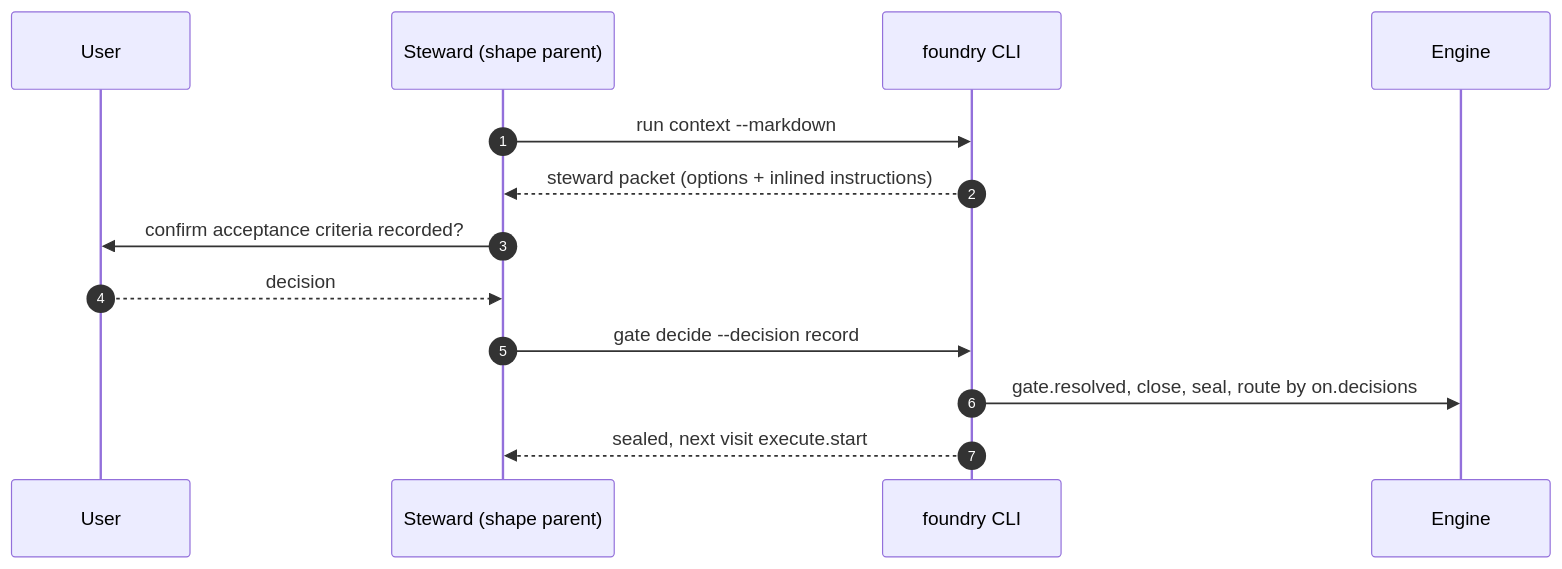
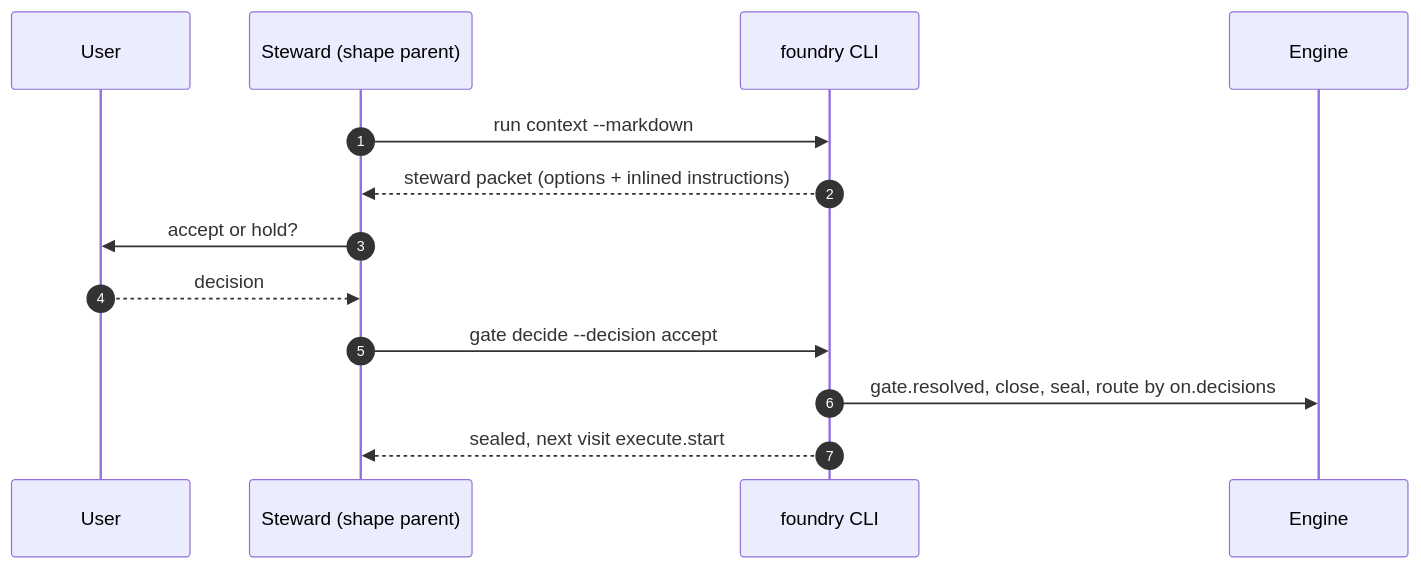
One commit to burtlo/foundry changed the second of 2 diagrams in docs/nodes/shape.record.gate.md. Above: the diagram before and after it, drawn with Mermaid. The commit also changed other lines of this file and 72 other files, not shown here.

````diff
--- a/docs/nodes/shape.record.gate.md
+++ b/docs/nodes/shape.record.gate.md
@@ -66,17 +66,17 @@
 ```mermaid
 sequenceDiagram
   autonumber
   participant U as User
   participant S as Steward (shape parent)
   participant CLI as foundry CLI
   participant E as Engine
 
   S->>CLI: run context --markdown
   CLI-->>S: steward packet (options + inlined instructions)
 
-  S->>U: confirm acceptance criteria recorded?
+  S->>U: accept or hold?
   U-->>S: decision
-  S->>CLI: gate decide --decision record
+  S->>CLI: gate decide --decision accept
   CLI->>E: gate.resolved, close, seal, route by on.decisions
   CLI-->>S: sealed, next visit execute.start
 ```
````
